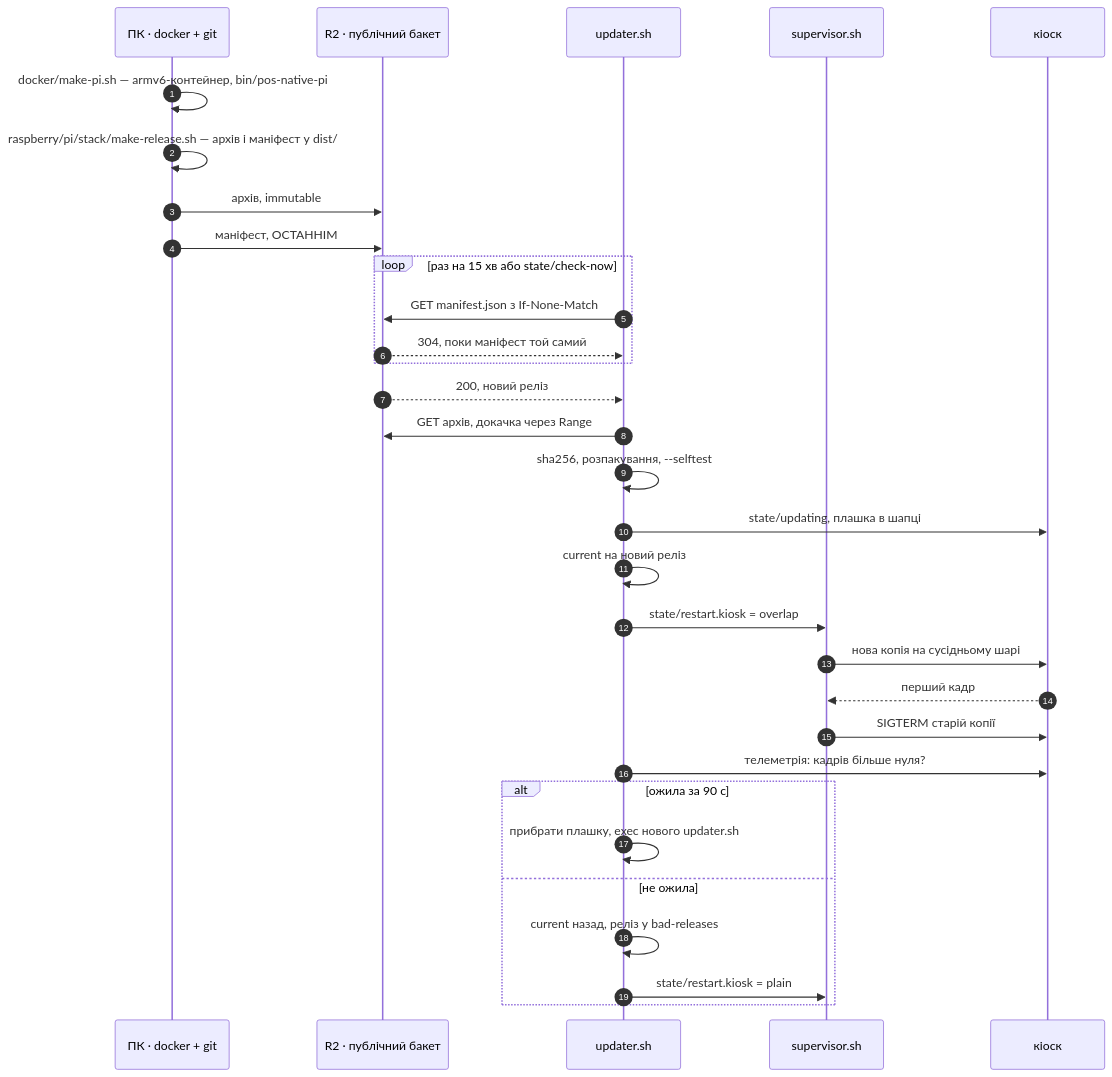
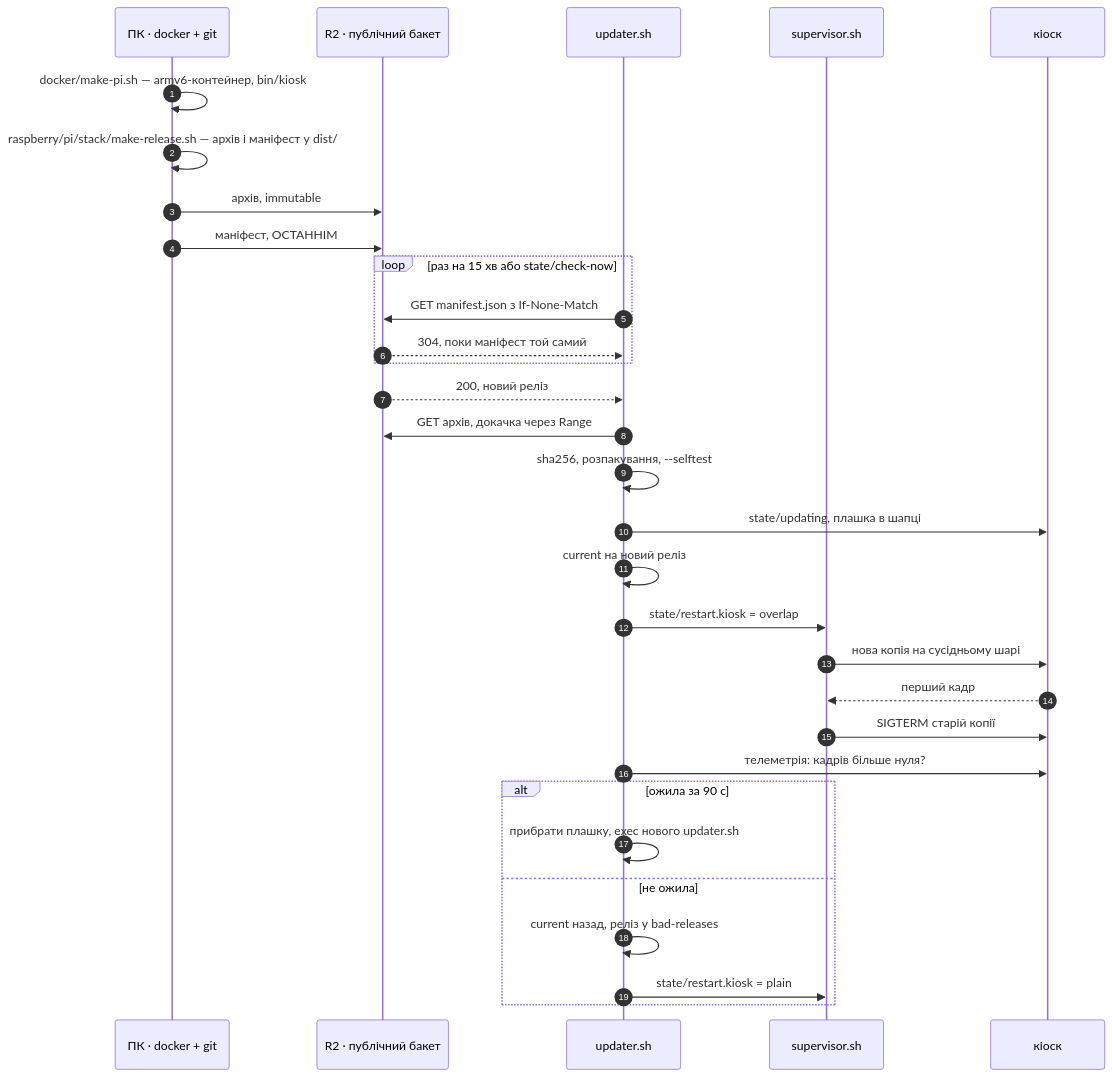
The second of 2 diagrams in docs/raspberry-pi.md (arsengoian/extrovert.cafe), drawn with Mermaid before and after one commit. The commit also changed other lines of this file and 8 other files, not shown here.

````diff
--- a/docs/raspberry-pi.md
+++ b/docs/raspberry-pi.md
@@ -207,34 +235,34 @@
 ```mermaid
 sequenceDiagram
   autonumber
   participant PC as ПК · docker + git
   participant R2 as R2 · публічний бакет
   participant U as updater.sh
   participant S as supervisor.sh
   participant K as кіоск
 
-  PC->>PC: docker/make-pi.sh — armv6-контейнер, bin/pos-native-pi
+  PC->>PC: docker/make-pi.sh — armv6-контейнер, bin/kiosk
   PC->>PC: raspberry/pi/stack/make-release.sh — архів і маніфест у dist/
   PC->>R2: архів, immutable
   PC->>R2: маніфест, ОСТАННІМ
   loop раз на 15 хв або state/check-now
     U->>R2: GET manifest.json з If-None-Match
     R2-->>U: 304, поки маніфест той самий
   end
   R2-->>U: 200, новий реліз
   U->>R2: GET архів, докачка через Range
   U->>U: sha256, розпакування, --selftest
   U->>K: state/updating, плашка в шапці
   U->>U: current на новий реліз
   U->>S: state/restart.kiosk = overlap
   S->>K: нова копія на сусідньому шарі
   K-->>S: перший кадр
   S->>K: SIGTERM старій копії
   U->>K: телеметрія: кадрів більше нуля?
   alt ожила за 90 с
     U->>U: прибрати плашку, exec нового updater.sh
   else не ожила
     U->>U: current назад, реліз у bad-releases
     U->>S: state/restart.kiosk = plain
   end
 ```
````
